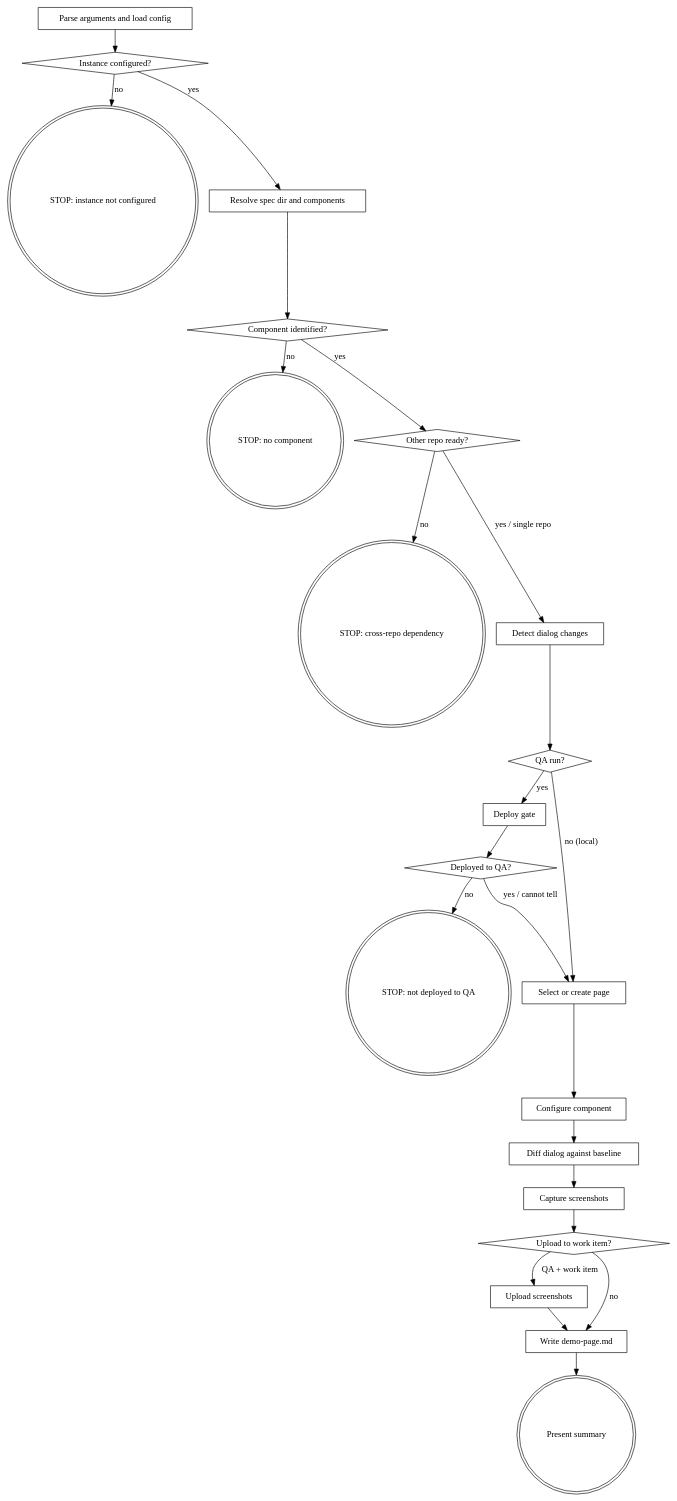
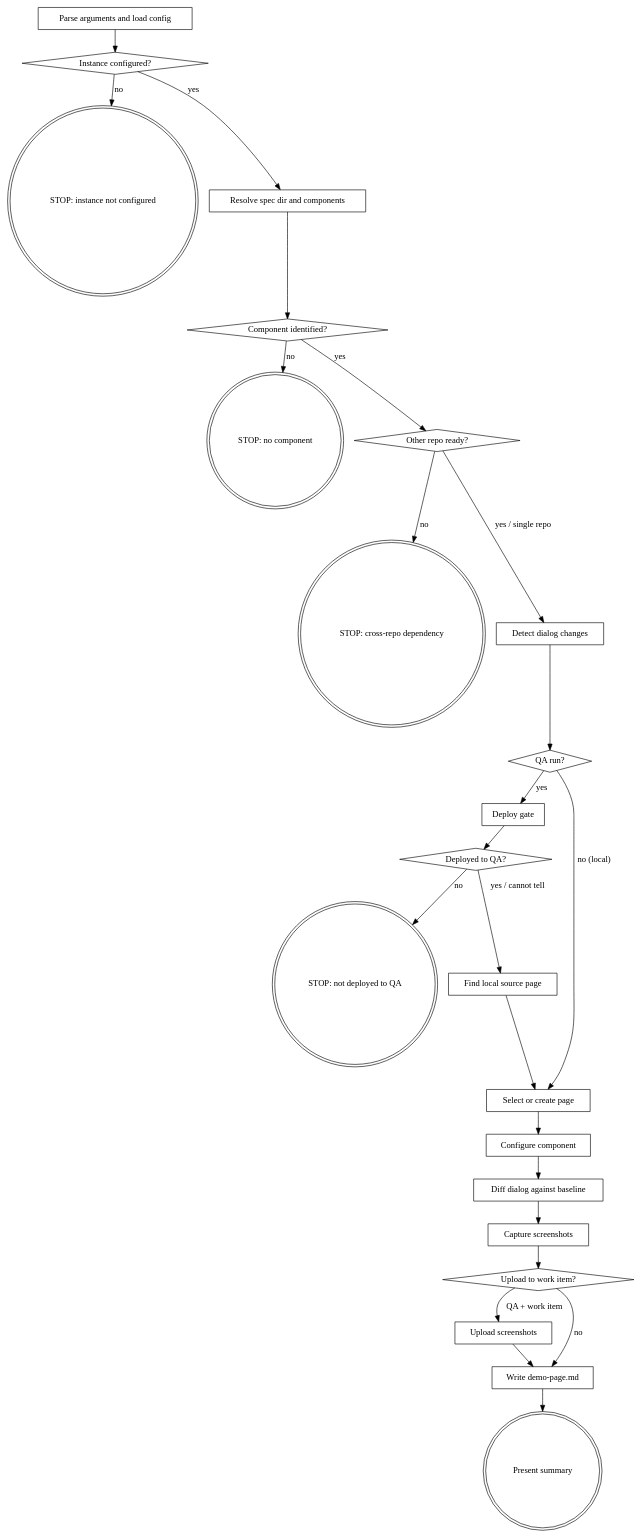
Before and after one commit to easingthemes/dx-aem-flow: the diagram in plugins/dx-aem/skills/aem-demo-page/SKILL.md, drawn with Graphviz. The commit also changed other lines of this file and 6 other files, not shown here.

First line of the commit message:
feat(aem-demo-page): use the local demo page as source for QA (#290)

````diff
--- a/plugins/dx-aem/skills/aem-demo-page/SKILL.md
+++ b/plugins/dx-aem/skills/aem-demo-page/SKILL.md
@@ -19,48 +19,50 @@
 ```dot
 digraph aem_demo_page {
     "Parse arguments and load config" [shape=box];
     "Instance configured?" [shape=diamond];
     "STOP: instance not configured" [shape=doublecircle];
     "Resolve spec dir and components" [shape=box];
     "Component identified?" [shape=diamond];
     "STOP: no component" [shape=doublecircle];
     "Other repo ready?" [shape=diamond];
     "STOP: cross-repo dependency" [shape=doublecircle];
     "Detect dialog changes" [shape=box];
     "QA run?" [shape=diamond];
     "Deploy gate" [shape=box];
     "Deployed to QA?" [shape=diamond];
     "STOP: not deployed to QA" [shape=doublecircle];
+    "Find local source page" [shape=box];
     "Select or create page" [shape=box];
     "Configure component" [shape=box];
     "Diff dialog against baseline" [shape=box];
     "Capture screenshots" [shape=box];
     "Upload to work item?" [shape=diamond];
     "Upload screenshots" [shape=box];
     "Write demo-page.md" [shape=box];
     "Present summary" [shape=doublecircle];
 
     "Parse arguments and load config" -> "Instance configured?";
     "Instance configured?" -> "STOP: instance not configured" [label="no"];
     "Instance configured?" -> "Resolve spec dir and components" [label="yes"];
     "Resolve spec dir and components" -> "Component identified?";
     "Component identified?" -> "STOP: no component" [label="no"];
     "Component identified?" -> "Other repo ready?" [label="yes"];
     "Other repo ready?" -> "STOP: cross-repo dependency" [label="no"];
     "Other repo ready?" -> "Detect dialog changes" [label="yes / single repo"];
     "Detect dialog changes" -> "QA run?";
     "QA run?" -> "Deploy gate" [label="yes"];
     "QA run?" -> "Select or create page" [label="no (local)"];
     "Deploy gate" -> "Deployed to QA?";
     "Deployed to QA?" -> "STOP: not deployed to QA" [label="no"];
-    "Deployed to QA?" -> "Select or create page" [label="yes / cannot tell"];
+    "Deployed to QA?" -> "Find local source page" [label="yes / cannot tell"];
+    "Find local source page" -> "Select or create page";
     "Select or create page" -> "Configure component";
     "Configure component" -> "Diff dialog against baseline";
     "Diff dialog against baseline" -> "Capture screenshots";
     "Capture screenshots" -> "Upload to work item?";
     "Upload to work item?" -> "Upload screenshots" [label="QA + work item"];
     "Upload to work item?" -> "Write demo-page.md" [label="no"];
     "Upload screenshots" -> "Write demo-page.md";
     "Write demo-page.md" -> "Present summary";
 }
 ```
````
